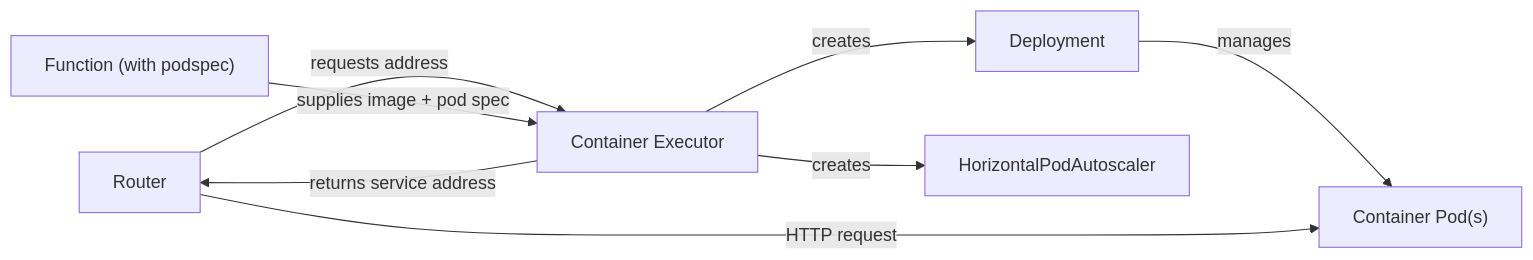
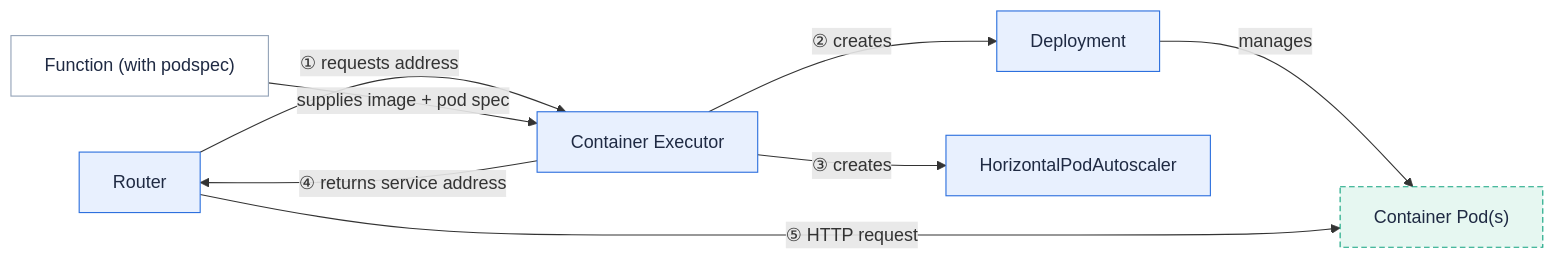
One commit to fission/fission.io changed the third of 4 diagrams in content/en/docs/concepts/executors.md. Above: the diagram before and after it, drawn with Mermaid. The commit also changed other lines of this file and 30 other files, not shown here.

First line of the commit message:
Address PR feedback: zoomable diagrams, multi-color kit, centering, preview links

````diff
--- a/content/en/docs/concepts/executors.md
+++ b/content/en/docs/concepts/executors.md
@@ -82,10 +88,14 @@
 ```mermaid
 flowchart LR
-  router["Router"] -->|"requests address"| cn["Container Executor"]
-  fn["Function (with podspec)"] -->|"supplies image + pod spec"| cn
-  cn -->|"creates"| deploy["Deployment"]
-  cn -->|"creates"| hpa["HorizontalPodAutoscaler"]
-  deploy -->|"manages"| fnPod["Container Pod(s)"]
-  cn -->|"returns service address"| router
-  router -->|"HTTP request"| fnPod
+  router["Router"]:::fission -->|"① requests address"| cn["Container Executor"]:::fission
+  fn["Function (with podspec)"]:::user -->|"supplies image + pod spec"| cn
+  cn -->|"② creates"| deploy["Deployment"]:::fission
+  cn -->|"③ creates"| hpa["HorizontalPodAutoscaler"]:::fission
+  deploy -->|"manages"| fnPod["Container Pod(s)"]:::pod
+  cn -->|"④ returns service address"| router
+  router -->|"⑤ HTTP request"| fnPod
+
+  classDef user fill:#ffffff,stroke:#94a3b8,color:#1f2a43
+  classDef fission fill:#e8f0fe,stroke:#2d70de,color:#1f2a43
+  classDef pod fill:#e6f7f1,stroke:#11a37f,color:#1f2a43,stroke-dasharray:5 3
 ```
````
